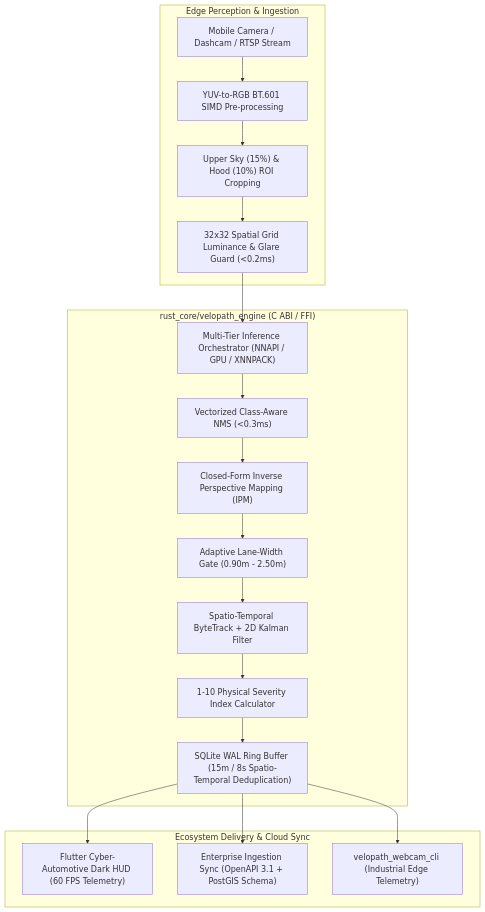
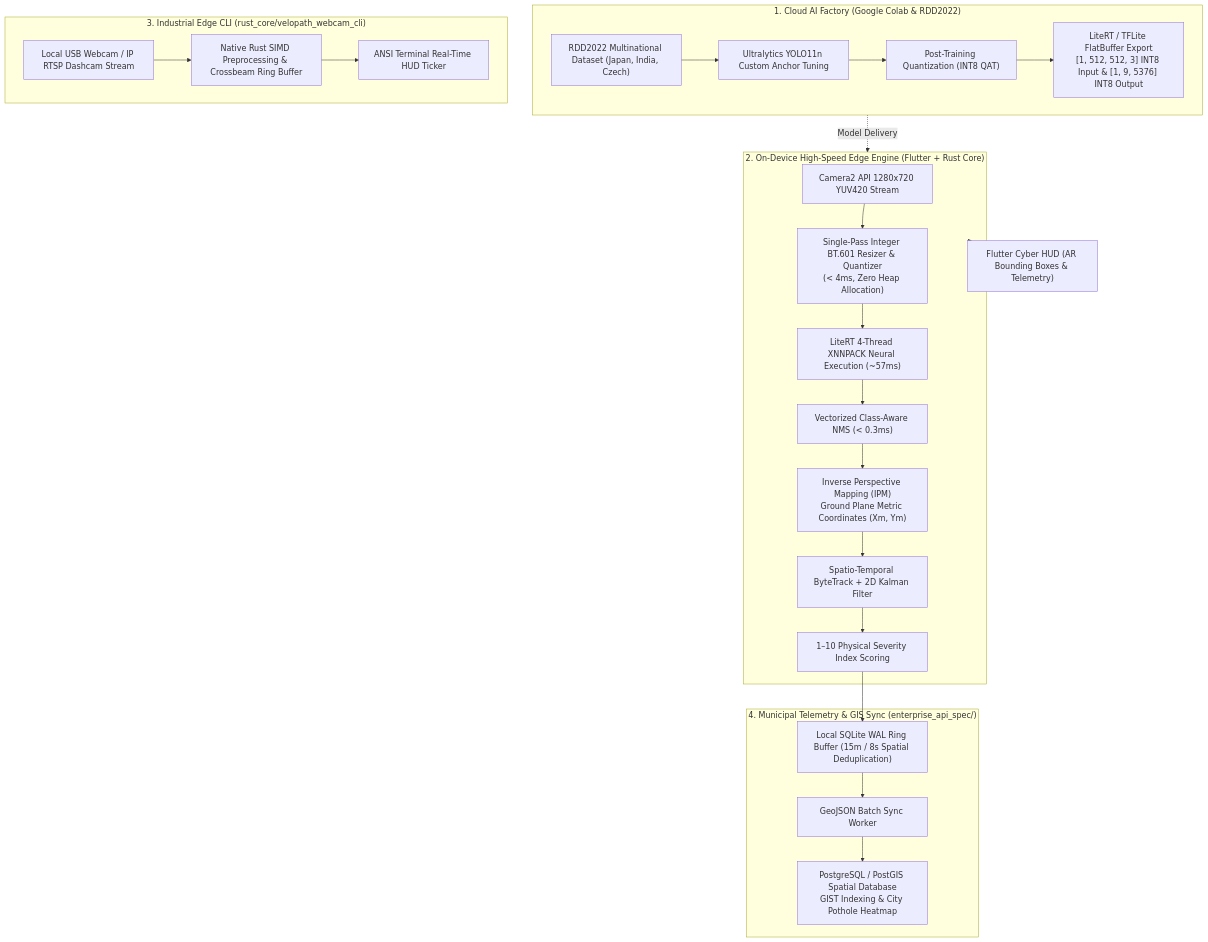
The diagram in README.md (tahadeab-ai/ai-road-damage-detection), drawn with Mermaid before and after one commit. The commit also changed other lines of this file and 8 other files, not shown here.

````diff
--- a/README.md
+++ b/README.md
@@ -17,24 +89,31 @@
 ```mermaid
 flowchart TD
-    subgraph EdgePerception ["Edge Perception & Ingestion"]
-        A["Mobile Camera / Dashcam / RTSP Stream"] --> B["YUV-to-RGB BT.601 SIMD Pre-processing"]
-        B --> C["Upper Sky (15%) & Hood (10%) ROI Cropping"]
-        C --> D["32x32 Spatial Grid Luminance & Glare Guard (<0.2ms)"]
+    subgraph CloudFactory ["1. Cloud AI Factory (Google Colab & RDD2022)"]
+        A["RDD2022 Multinational Dataset (Japan, India, Czech)"] --> B["Ultralytics YOLO11n Custom Anchor Tuning"]
+        B --> C["Post-Training Quantization (INT8 QAT)"]
+        C --> D["LiteRT / TFLite FlatBuffer Export<br>[1, 512, 512, 3] INT8 Input & [1, 9, 5376] INT8 Output"]
     end
 
-    subgraph NativeRustEngine ["rust_core/velopath_engine (C ABI / FFI)"]
-        D --> E["Multi-Tier Inference Orchestrator (NNAPI / GPU / XNNPACK)"]
-        E --> F["Vectorized Class-Aware NMS (<0.3ms)"]
-        F --> G["Closed-Form Inverse Perspective Mapping (IPM)"]
-        G --> H["Adaptive Lane-Width Gate (0.90m - 2.50m)"]
-        H --> I["Spatio-Temporal ByteTrack + 2D Kalman Filter"]
-        I --> J["1-10 Physical Severity Index Calculator"]
-        J --> K["SQLite WAL Ring Buffer (15m / 8s Spatio-Temporal Deduplication)"]
+    subgraph EdgeEngine ["2. On-Device High-Speed Edge Engine (Flutter + Rust Core)"]
+        E["Camera2 API 1280x720 YUV420 Stream"] --> F["Single-Pass Integer BT.601 Resizer & Quantizer<br>(&lt; 4ms, Zero Heap Allocation)"]
+        F --> G["LiteRT 4-Thread XNNPACK Neural Execution (~57ms)"]
+        G --> H["Vectorized Class-Aware NMS (&lt; 0.3ms)"]
+        H --> I["Inverse Perspective Mapping (IPM)<br>Ground Plane Metric Coordinates (Xm, Ym)"]
+        I --> J["Spatio-Temporal ByteTrack + 2D Kalman Filter"]
+        J --> K["1–10 Physical Severity Index Scoring"]
     end
 
-    subgraph PresentationAndCloud ["Ecosystem Delivery & Cloud Sync"]
-        K --> L["Flutter Cyber-Automotive Dark HUD (60 FPS Telemetry)"]
-        K --> M["Enterprise Ingestion Sync (OpenAPI 3.1 + PostGIS Schema)"]
-        K --> N["velopath_webcam_cli (Industrial Edge Telemetry)"]
+    subgraph EdgeCLI ["3. Industrial Edge CLI (rust_core/velopath_webcam_cli)"]
+        L["Local USB Webcam / IP RTSP Dashcam Stream"] --> M["Native Rust SIMD Preprocessing & Crossbeam Ring Buffer"]
+        M --> N["ANSI Terminal Real-Time HUD Ticker"]
     end
+
+    subgraph MunicipalSync ["4. Municipal Telemetry & GIS Sync (enterprise_api_spec/)"]
+        K --> O["Local SQLite WAL Ring Buffer (15m / 8s Spatial Deduplication)"]
+        O --> P["GeoJSON Batch Sync Worker"]
+        P --> Q["PostgreSQL / PostGIS Spatial Database<br>GIST Indexing & City Pothole Heatmap"]
+    end
+
+    CloudFactory -. Model Delivery .-> EdgeEngine
+    EdgeEngine --> Presentation["Flutter Cyber HUD (AR Bounding Boxes & Telemetry)"]
 ```
````
